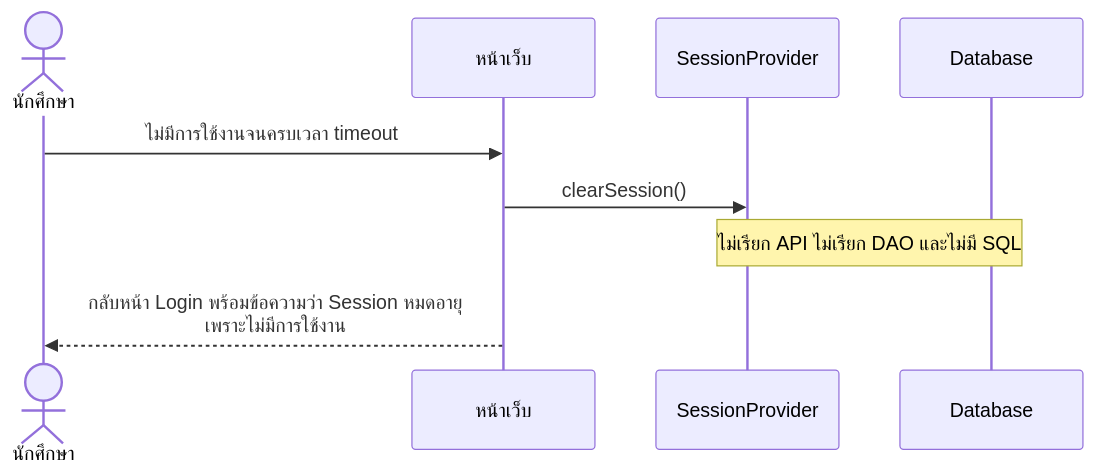
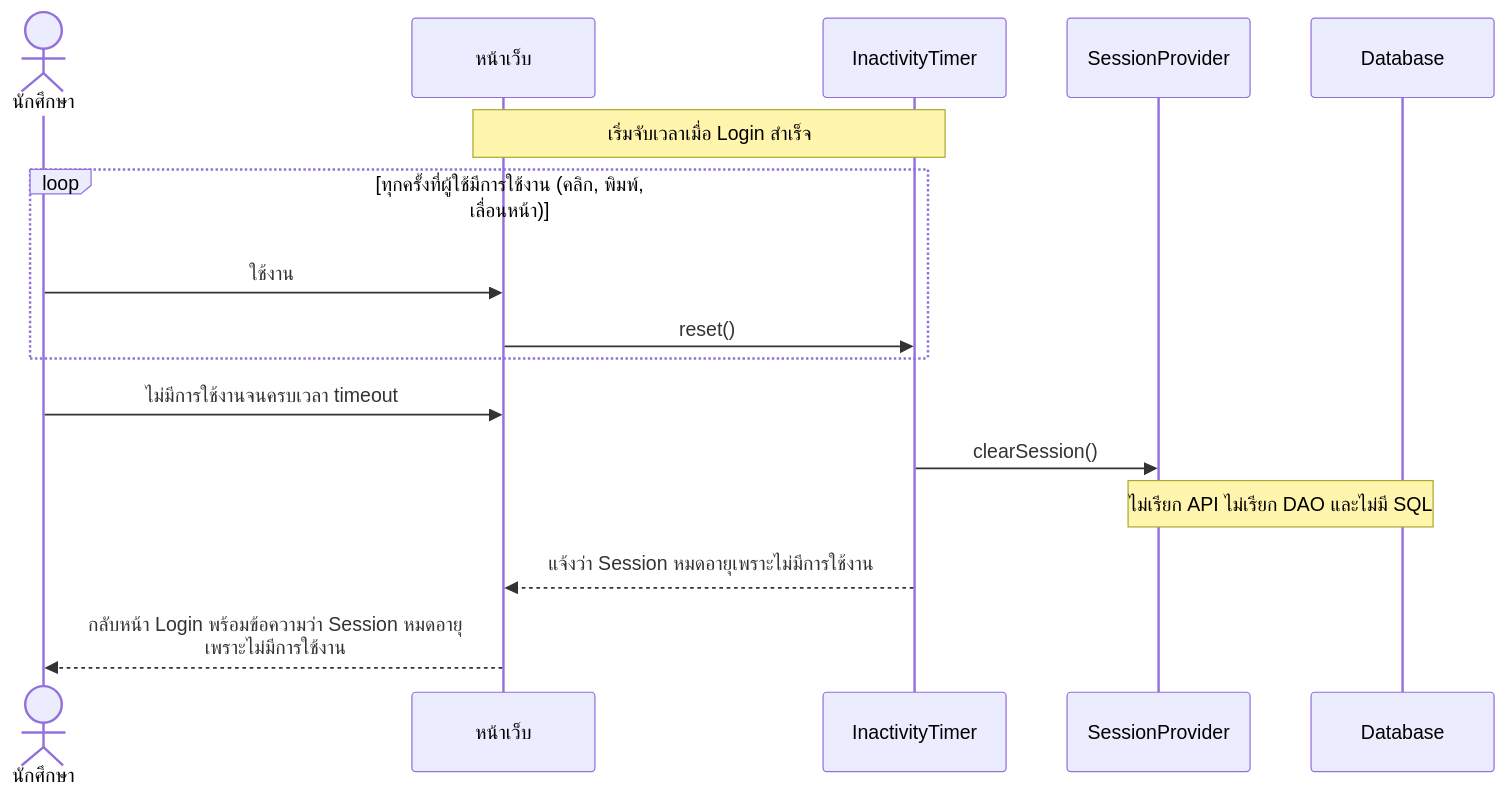
One commit to Non-Sin/CS261-G3-MockTimetableTU changed the fourth of 4 diagrams in .doc/US4/T06/US4-T06-Sequence-Diagram.md. Above: the diagram before and after it, drawn with Mermaid. The commit also changed other lines of this file and 3 other files, not shown here.

````diff
--- a/.doc/US4/T06/US4-T06-Sequence-Diagram.md
+++ b/.doc/US4/T06/US4-T06-Sequence-Diagram.md
@@ -81,12 +119,19 @@
 ```mermaid
 sequenceDiagram
     actor User as นักศึกษา
     participant UI as หน้าเว็บ
+    participant T as InactivityTimer
     participant SP as SessionProvider
     participant DB as Database
 
+    Note over UI,T: เริ่มจับเวลาเมื่อ Login สำเร็จ
+    loop ทุกครั้งที่ผู้ใช้มีการใช้งาน (คลิก, พิมพ์, เลื่อนหน้า)
+        User->>UI: ใช้งาน
+        UI->>T: reset()
+    end
     User->>UI: ไม่มีการใช้งานจนครบเวลา timeout
-    UI->>SP: clearSession()
+    T->>SP: clearSession()
     Note over SP,DB: ไม่เรียก API ไม่เรียก DAO และไม่มี SQL
+    T-->>UI: แจ้งว่า Session หมดอายุเพราะไม่มีการใช้งาน
     UI-->>User: กลับหน้า Login พร้อมข้อความว่า Session หมดอายุ<br/>เพราะไม่มีการใช้งาน
 ```
````
